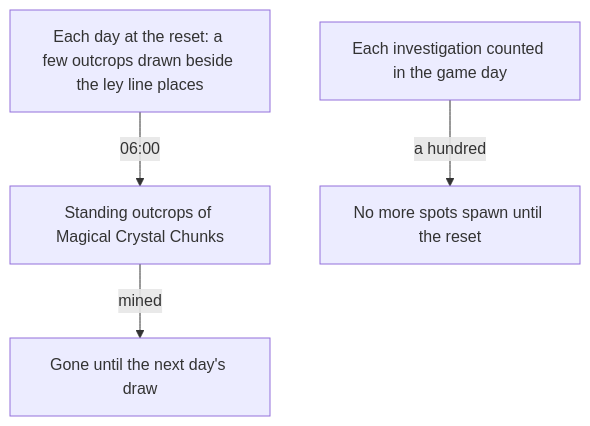
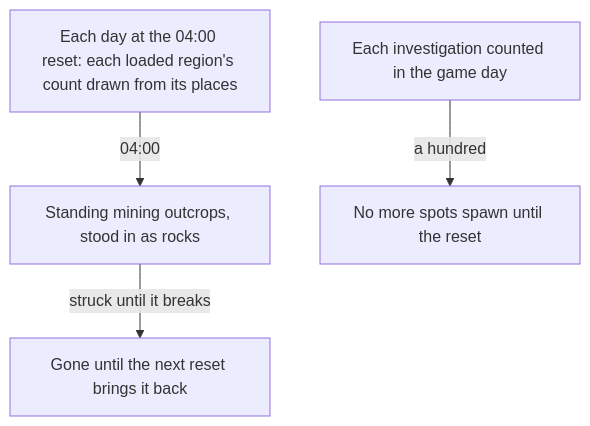
One commit to Esposter/Esposter changed the diagram in openspec/changes/genshin-gathering/design.md. Above: the diagram before and after it, drawn with Mermaid. The commit also changed other lines of this file and 15 other files, not shown here.

First line of the commit message:
feat(genshin-world): mining outcrops are drawn daily at each region's places and break as ores

````diff
--- a/openspec/changes/genshin-gathering/design.md
+++ b/openspec/changes/genshin-gathering/design.md
@@ -13,6 +16,6 @@
 ```mermaid
 flowchart TD
-  D["Each day at the reset: a few outcrops drawn beside the ley line places"] -->|"06:00"| O["Standing outcrops of Magical Crystal Chunks"]
-  O -->|"mined"| G["Gone until the next day's draw"]
+  D["Each day at the 04:00 reset: each loaded region's count drawn from its places"] -->|"04:00"| O["Standing mining outcrops, stood in as rocks"]
+  O -->|"struck until it breaks"| G["Gone until the next reset brings it back"]
   I["Each investigation counted in the game day"] -->|"a hundred"| N["No more spots spawn until the reset"]
 ```
````
